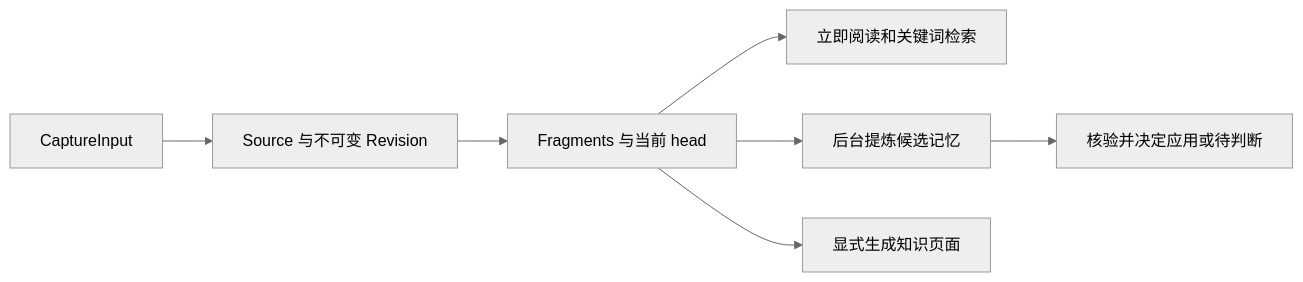
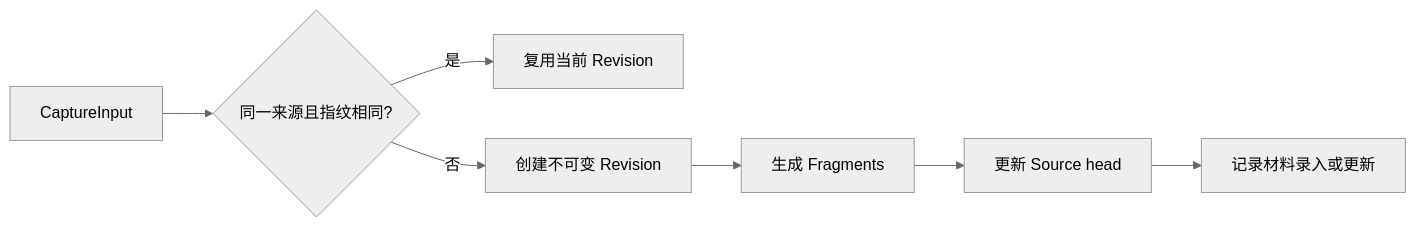
Before and after one commit to lejunyang/omem: the first of 2 diagrams in .repo-review/knowledge/articles/08e8de8e7788195db049c6fb0184ebc7888d9ec16a991ed19523deb074181035.md, drawn with Mermaid (neutral theme). The commit also changed other lines of this file and 17 other files, not shown here.

Commit message:
docs(knowledge): refresh generic-flow guides and record live relevance gaps

````diff
--- a/.repo-review/knowledge/articles/08e8de8e7788195db049c6fb0184ebc7888d9ec16a991ed19523deb074181035.md
+++ b/.repo-review/knowledge/articles/08e8de8e7788195db049c6fb0184ebc7888d9ec16a991ed19523deb074181035.md
@@ -40,9 +35,9 @@
 ```mermaid
 flowchart LR
-  A[CaptureInput] --> B[Source 与不可变 Revision]
-  B --> C[Fragments 与当前 head]
-  C --> D[立即阅读和关键词检索]
-  C --> E[后台提炼候选记忆]
-  E --> F[核验并决定应用或待判断]
-  C --> G[显式生成知识页面]
+  A[CaptureInput] --> B{同一来源且指纹相同?}
+  B -->|是| C[复用当前 Revision]
+  B -->|否| D[创建不可变 Revision]
+  D --> E[生成 Fragments]
+  E --> F[更新 Source head]
+  F --> G[记录材料录入或更新]
 ```
````
